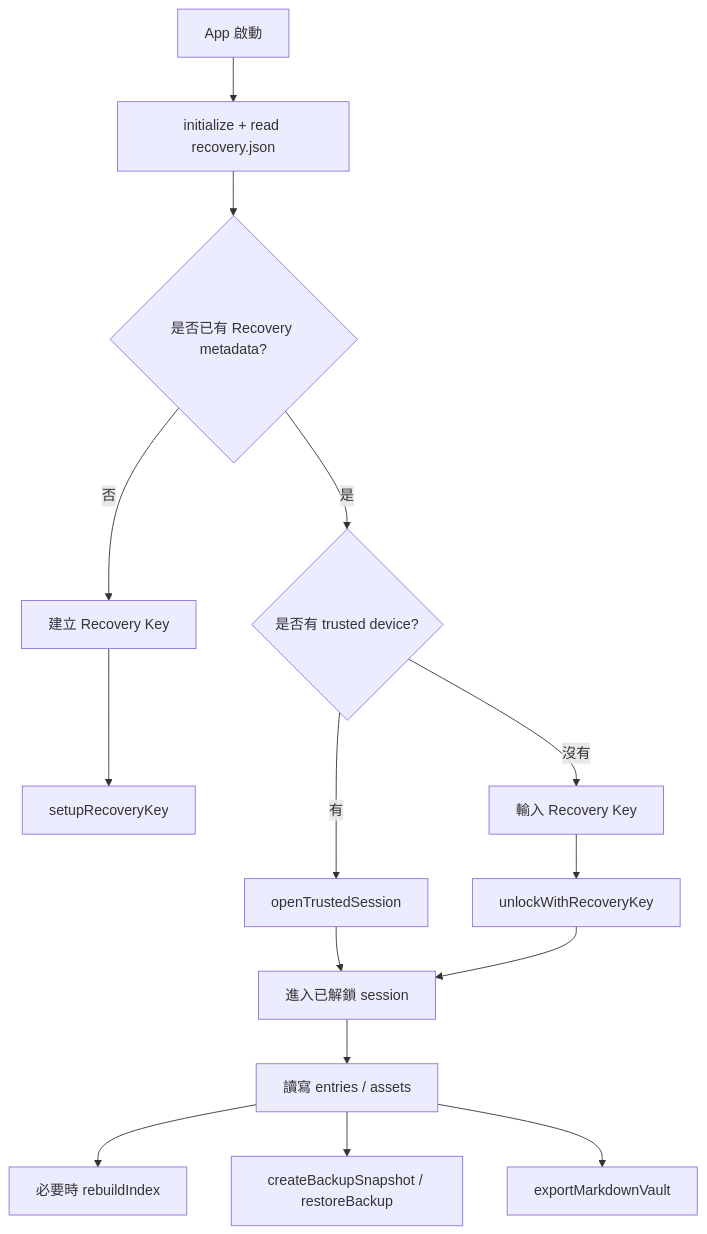
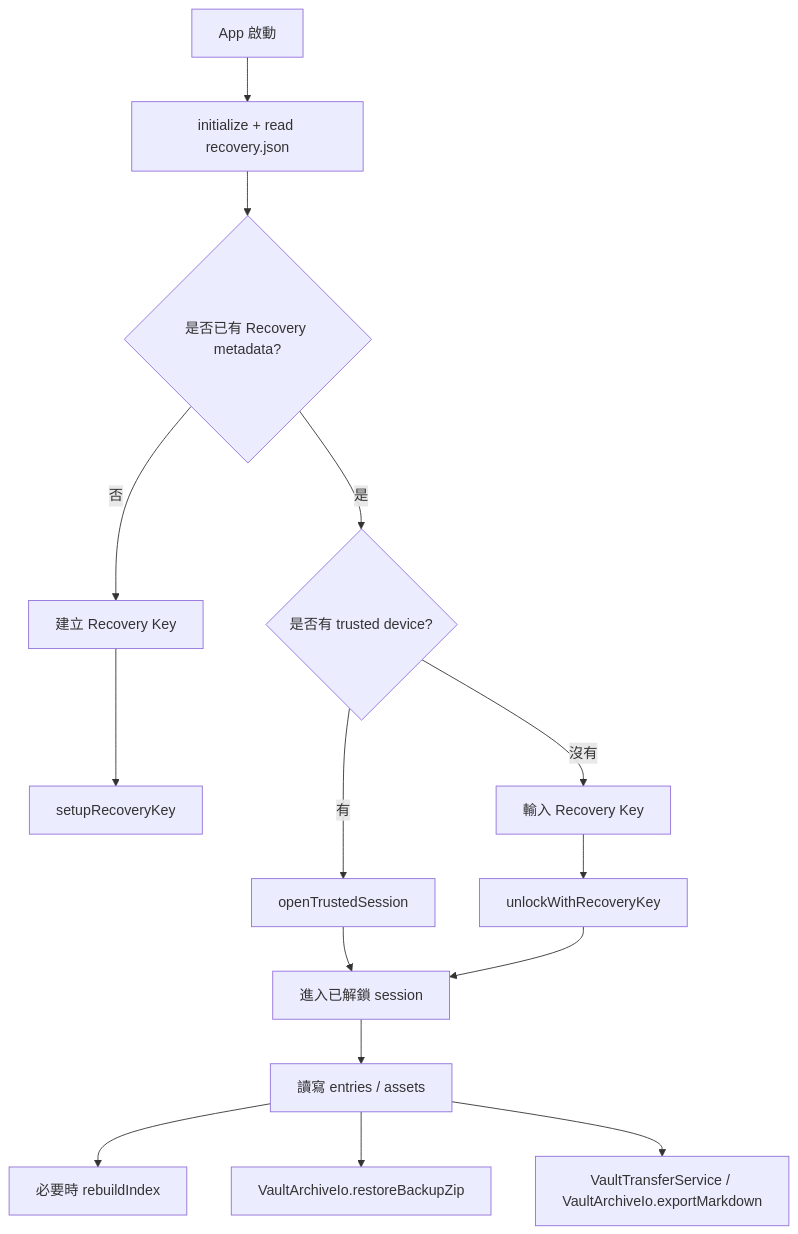
The diagram in docs/其他主要流程.md (zack20136/quill-diary), drawn with Mermaid before and after one commit. The commit also changed other lines of this file and 24 other files, not shown here.

````diff
--- a/docs/其他主要流程.md
+++ b/docs/其他主要流程.md
@@ -7,17 +11,17 @@
 ```mermaid
 flowchart TD
     A[App 啟動] --> B[initialize + read recovery.json]
     B --> C{是否已有 Recovery metadata?}
     C -- 否 --> D[建立 Recovery Key]
     D --> E[setupRecoveryKey]
     C -- 是 --> F{是否有 trusted device?}
     F -- 有 --> G[openTrustedSession]
     F -- 沒有 --> H[輸入 Recovery Key]
     H --> I[unlockWithRecoveryKey]
     G --> J[進入已解鎖 session]
     I --> J
     J --> K[讀寫 entries / assets]
     K --> L[必要時 rebuildIndex]
-    K --> M[createBackupSnapshot / restoreBackup]
-    K --> N[exportMarkdownVault]
+    K --> M[VaultArchiveIo.restoreBackupZip]
+    K --> N[VaultTransferService / VaultArchiveIo.exportMarkdown]
 ```
````
